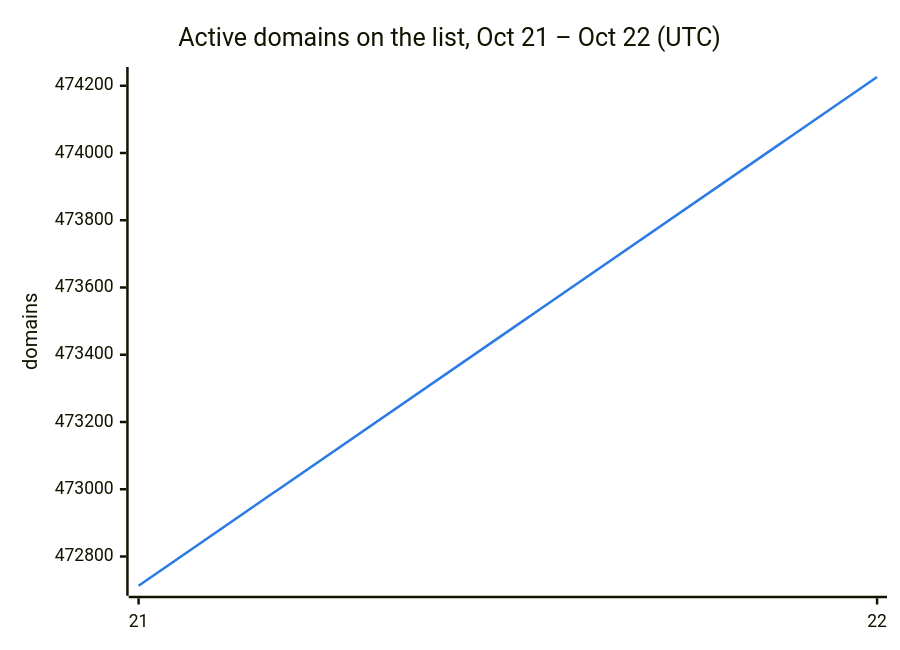
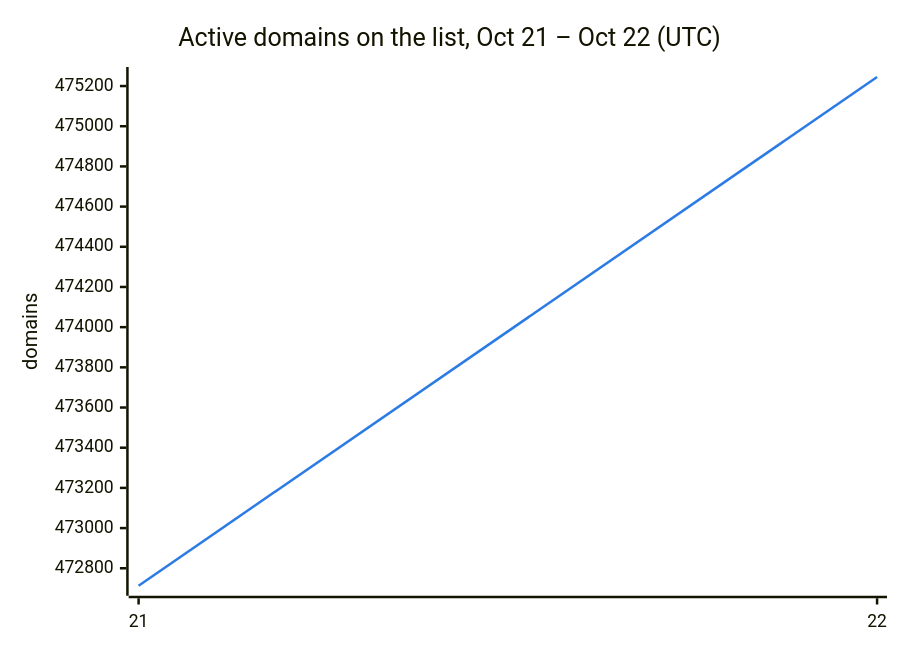
The second of 3 diagrams in README.md (DNSBunker/CTI), drawn with Mermaid before and after one commit. The commit also changed other lines of this file and 3 other files, not shown here.

````diff
--- a/README.md
+++ b/README.md
@@ -38,8 +38,8 @@
 ```mermaid
 %%{init: {"themeVariables": {"xyChart": {"plotColorPalette": "#2c7be5"}}}}%%
 xychart-beta
     title "Active domains on the list, Oct 21 – Oct 22 (UTC)"
     x-axis ["21", "22"]
     y-axis "domains"
-    line [472713, 474226]
+    line [472713, 475245]
 ```
````
